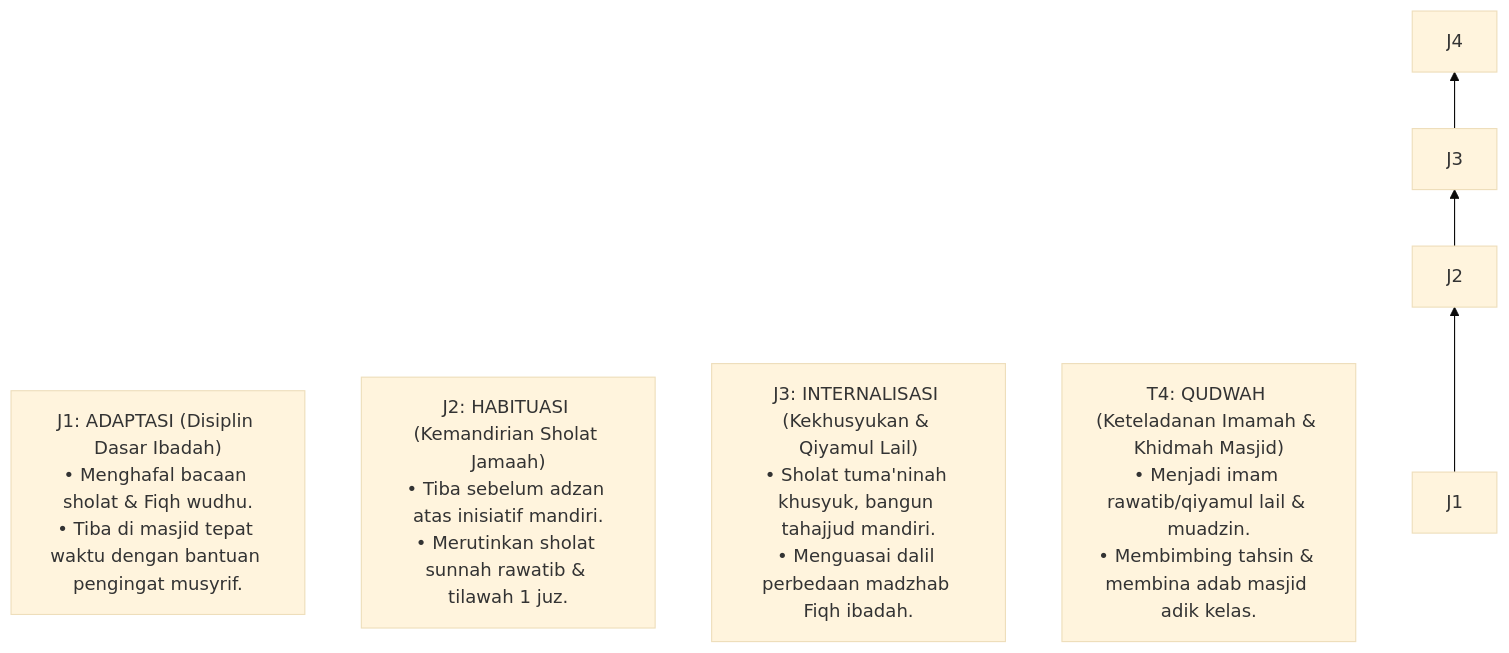
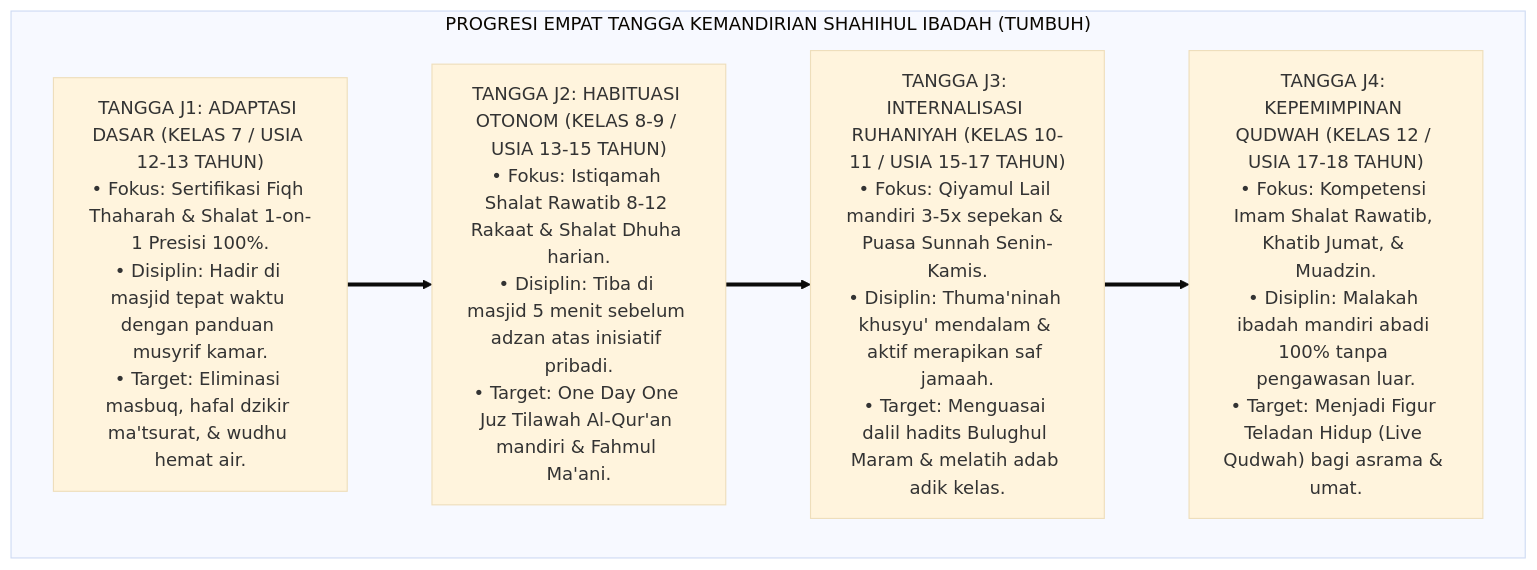
The fifth of 7 diagrams in 03 Capacity Framework/05 Shahihul Ibadah/P3-05-08-Tahapan-Perkembangan-Jenjang-J1-J4.md (wandiapriliyandi/tumbuh), drawn with Mermaid (base theme) before and after one commit. The commit also changed other lines of this file and 15 other files, not shown here.

Commit message:
docs(domain-05): complete comprehensive research monographs for 05 Shahihul Ibadah (14 sub-modules + master doc + README)

````diff
--- a/03 Capacity Framework/05 Shahihul Ibadah/P3-05-08-Tahapan-Perkembangan-Jenjang-J1-J4.md
+++ b/03 Capacity Framework/05 Shahihul Ibadah/P3-05-08-Tahapan-Perkembangan-Jenjang-J1-J4.md
@@ -10,12 +169,15 @@
 ```mermaid
-graph BT
-    T1["J1: ADAPTASI (Disiplin Dasar Ibadah)<br/>• Menghafal bacaan sholat & Fiqh wudhu.<br/>• Tiba di masjid tepat waktu dengan bantuan pengingat musyrif."]
-    
-    T2["J2: HABITUASI (Kemandirian Sholat Jamaah)<br/>• Tiba sebelum adzan atas inisiatif mandiri.<br/>• Merutinkan sholat sunnah rawatib & tilawah 1 juz."]
-    
-    T3["J3: INTERNALISASI (Kekhusyukan & Qiyamul Lail)<br/>• Sholat tuma'ninah khusyuk, bangun tahajjud mandiri.<br/>• Menguasai dalil perbedaan madzhab Fiqh ibadah."]
-    
-    T4["T4: QUDWAH (Keteladanan Imamah & Khidmah Masjid)<br/>• Menjadi imam rawatib/qiyamul lail & muadzin.<br/>• Membimbing tahsin & membina adab masjid adik kelas."]
-
-    J1 --> J2 --> J3 --> J4
+flowchart TD
+    subgraph TanggaKemandirianIbadahTUMBUH["PROGRESI EMPAT TANGGA KEMANDIRIAN SHAHIHUL IBADAH (TUMBUH)"]
+        
+        J1["TANGGA J1: ADAPTASI DASAR (KELAS 7 / USIA 12-13 TAHUN)<br/>• Fokus: Sertifikasi Fiqh Thaharah & Shalat 1-on-1 Presisi 100%.<br/>• Disiplin: Hadir di masjid tepat waktu dengan panduan musyrif kamar.<br/>• Target: Eliminasi masbuq, hafal dzikir ma'tsurat, & wudhu hemat air."]
+        
+        J2["TANGGA J2: HABITUASI OTONOM (KELAS 8-9 / USIA 13-15 TAHUN)<br/>• Fokus: Istiqamah Shalat Rawatib 8-12 Rakaat & Shalat Dhuha harian.<br/>• Disiplin: Tiba di masjid 5 menit sebelum adzan atas inisiatif pribadi.<br/>• Target: One Day One Juz Tilawah Al-Qur'an mandiri & Fahmul Ma'ani."]
+        
+        J3["TANGGA J3: INTERNALISASI RUHANIYAH (KELAS 10-11 / USIA 15-17 TAHUN)<br/>• Fokus: Qiyamul Lail mandiri 3-5x sepekan & Puasa Sunnah Senin-Kamis.<br/>• Disiplin: Thuma'ninah khusyu' mendalam & aktif merapikan saf jamaah.<br/>• Target: Menguasai dalil hadits Bulughul Maram & melatih adab adik kelas."]
+        
+        J4["TANGGA J4: KEPEMIMPINAN QUDWAH (KELAS 12 / USIA 17-18 TAHUN)<br/>• Fokus: Kompetensi Imam Shalat Rawatib, Khatib Jumat, & Muadzin.<br/>• Disiplin: Malakah ibadah mandiri abadi 100% tanpa pengawasan luar.<br/>• Target: Menjadi Figur Teladan Hidup (Live Qudwah) bagi asrama & umat."]
+        
+        J1 ==> J2 ==> J3 ==> J4
+    end
 ```
````
